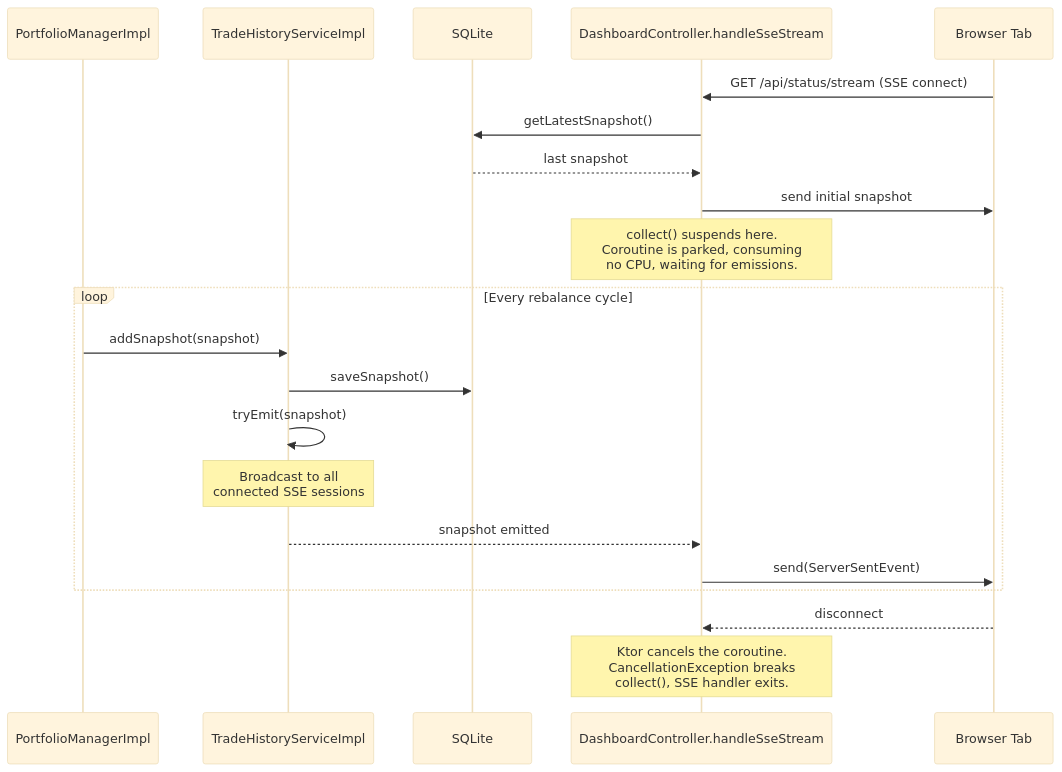
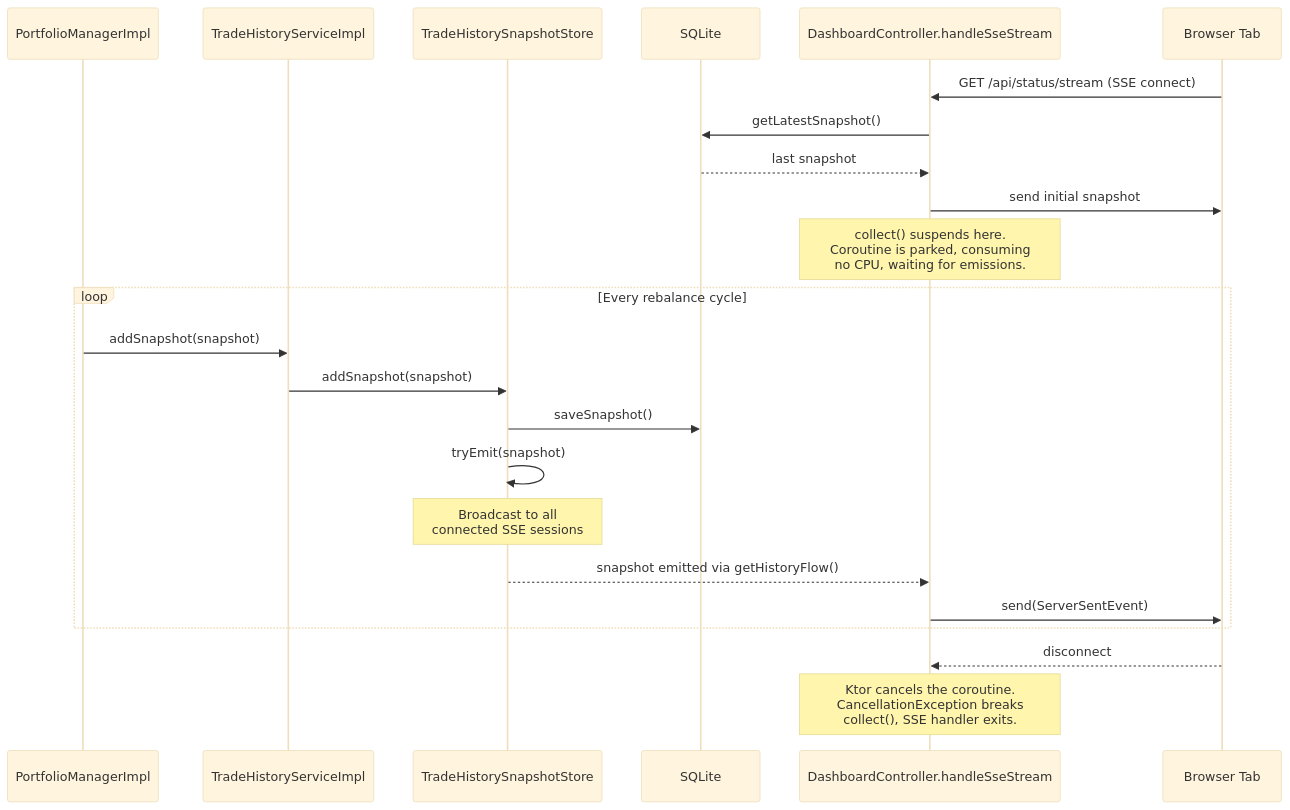
Before and after one commit to HyperVon/new-kraken-rebalancer: the third of 6 diagrams in docs/FLOWS.md, drawn with Mermaid (base theme). The commit also changed other lines of this file and 22 other files, not shown here.

````diff
--- a/docs/FLOWS.md
+++ b/docs/FLOWS.md
@@ -128,27 +134,29 @@
 ```mermaid
 sequenceDiagram
     participant PM as PortfolioManagerImpl
     participant THS as TradeHistoryServiceImpl
+    participant Store as TradeHistorySnapshotStore
     participant DB as SQLite
     participant SSE as DashboardController.handleSseStream
     participant Browser as Browser Tab
 
     Browser->>SSE: GET /api/status/stream (SSE connect)
     SSE->>DB: getLatestSnapshot()
     DB-->>SSE: last snapshot
     SSE->>Browser: send initial snapshot
 
     note over SSE: collect() suspends here.<br/>Coroutine is parked, consuming<br/>no CPU, waiting for emissions.
 
     loop Every rebalance cycle
         PM->>THS: addSnapshot(snapshot)
-        THS->>DB: saveSnapshot()
-        THS->>THS: tryEmit(snapshot)
-        note over THS: Broadcast to all<br/>connected SSE sessions
-        THS-->>SSE: snapshot emitted
+        THS->>Store: addSnapshot(snapshot)
+        Store->>DB: saveSnapshot()
+        Store->>Store: tryEmit(snapshot)
+        note over Store: Broadcast to all<br/>connected SSE sessions
+        Store-->>SSE: snapshot emitted via getHistoryFlow()
         SSE->>Browser: send(ServerSentEvent)
     end
 
     Browser-->>SSE: disconnect
     note over SSE: Ktor cancels the coroutine.<br/>CancellationException breaks<br/>collect(), SSE handler exits.
 ```
````
